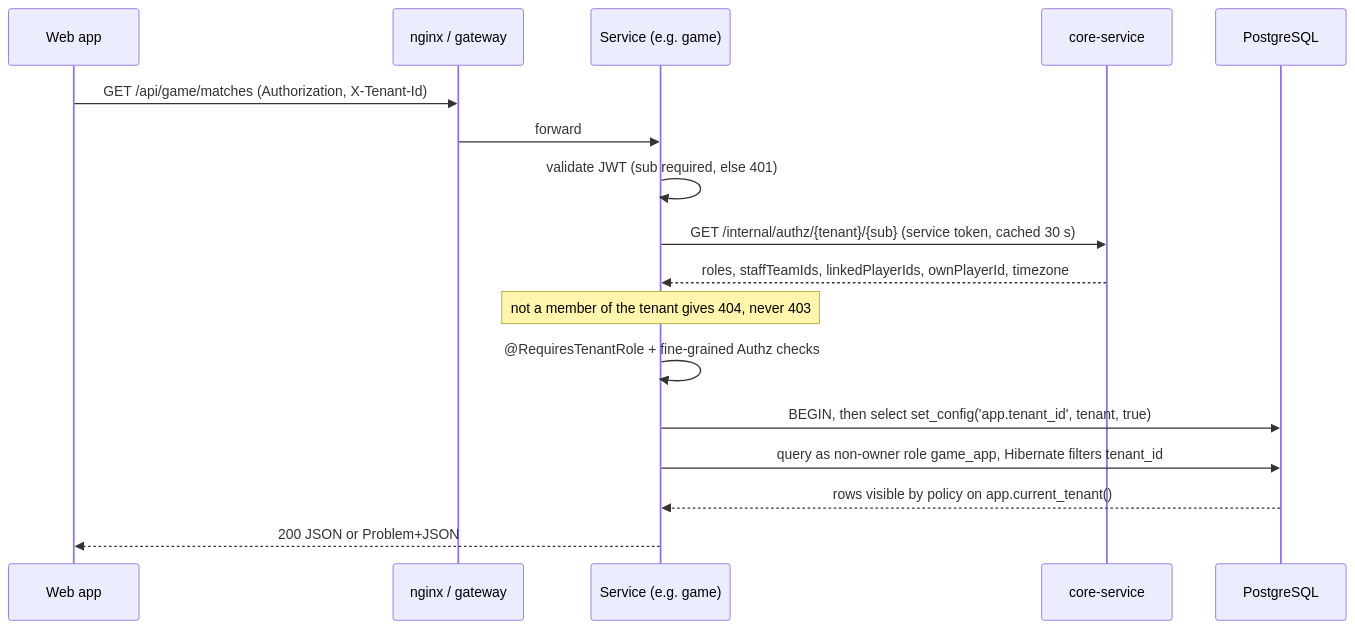
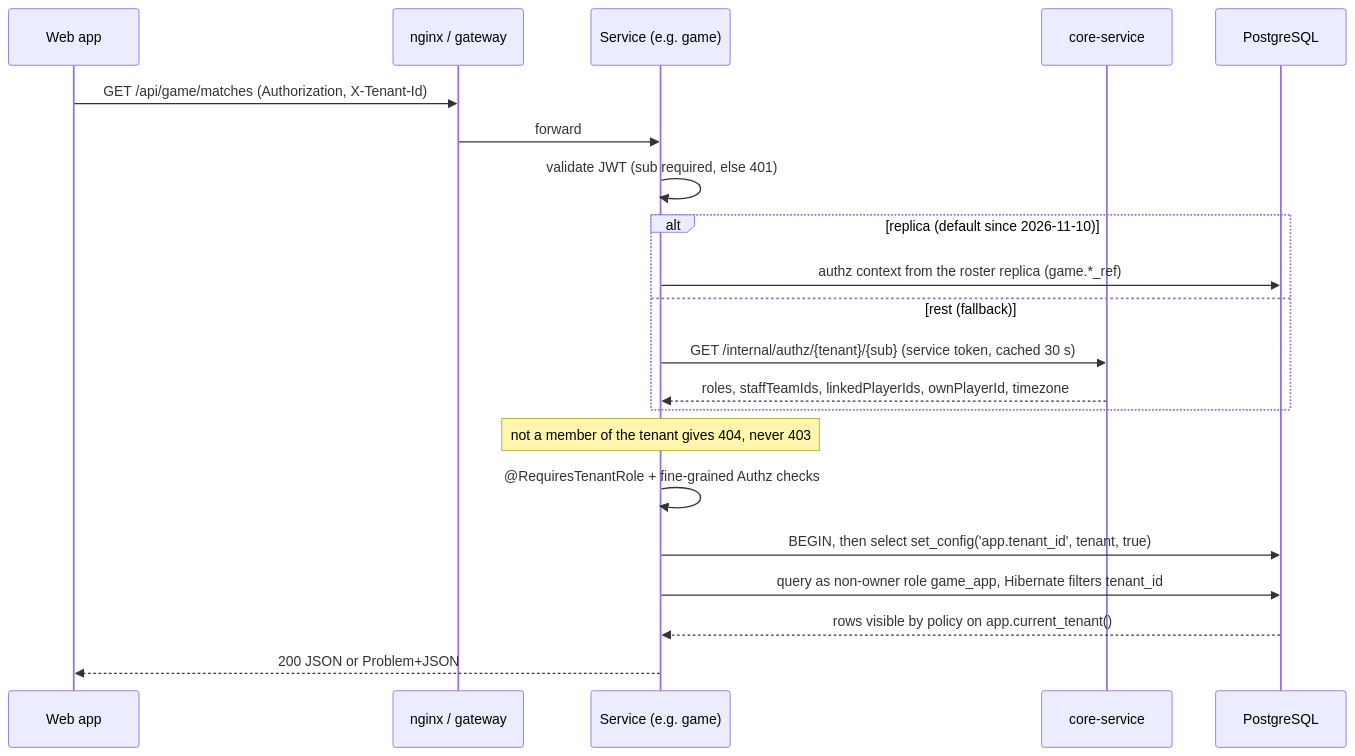
Before and after one commit to davidbejar/hoops-academy: the third of 7 diagrams in docs/architecture.md, drawn with Mermaid. The commit also changed other lines of this file and 23 other files, not shown here.

First line of the commit message:
docs: sixth round docs pass: handover, follow-ups, conformance, roadmap, architecture, ADR index, guides (WP102)

````diff
--- a/docs/architecture.md
+++ b/docs/architecture.md
@@ -91,19 +94,23 @@
 ```mermaid
 sequenceDiagram
   participant W as Web app
   participant X as nginx / gateway
   participant S as Service (e.g. game)
   participant C as core-service
   participant D as PostgreSQL
   W->>X: GET /api/game/matches (Authorization, X-Tenant-Id)
   X->>S: forward
   S->>S: validate JWT (sub required, else 401)
-  S->>C: GET /internal/authz/{tenant}/{sub} (service token, cached 30 s)
-  C-->>S: roles, staffTeamIds, linkedPlayerIds, ownPlayerId, timezone
+  alt replica (default since 2026-11-10)
+    S->>D: authz context from the roster replica (game.*_ref)
+  else rest (fallback)
+    S->>C: GET /internal/authz/{tenant}/{sub} (service token, cached 30 s)
+    C-->>S: roles, staffTeamIds, linkedPlayerIds, ownPlayerId, timezone
+  end
   Note over S: not a member of the tenant gives 404, never 403
   S->>S: @RequiresTenantRole + fine-grained Authz checks
   S->>D: BEGIN, then select set_config('app.tenant_id', tenant, true)
   S->>D: query as non-owner role game_app, Hibernate filters tenant_id
   D-->>S: rows visible by policy on app.current_tenant()
   S-->>W: 200 JSON or Problem+JSON
 ```
````
